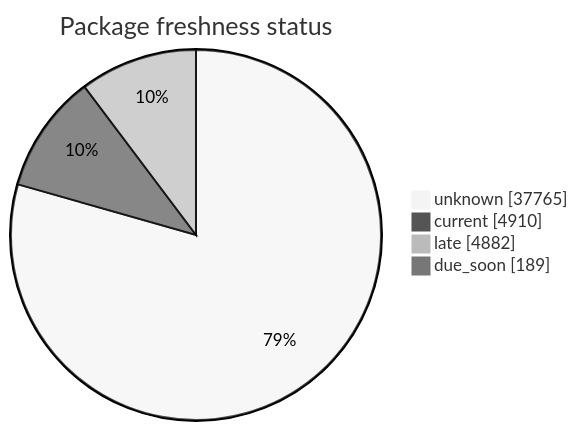
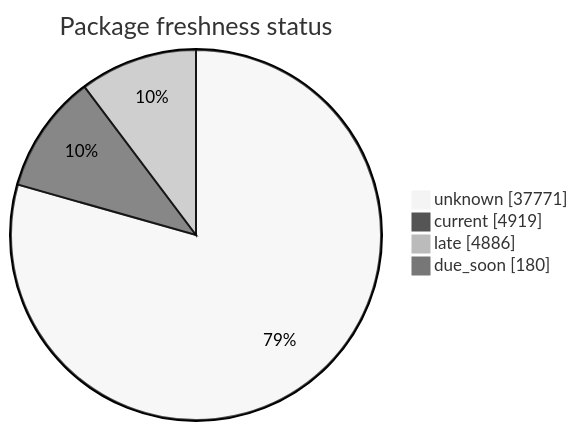
Before and after one commit to open-data/analytics-corporate-reporting: the second of 5 diagrams in FreshCheck/README.md, drawn with Mermaid (neutral theme). The commit also changed other lines of this file and 3 other files, not shown here.

````diff
--- a/FreshCheck/README.md
+++ b/FreshCheck/README.md
@@ -68,7 +68,7 @@
 ```mermaid
 pie showData title Package freshness status
-    "unknown": 37765
-    "current": 4910
-    "late": 4882
-    "due_soon": 189
+    "unknown": 37771
+    "current": 4919
+    "late": 4886
+    "due_soon": 180
 ```
````
